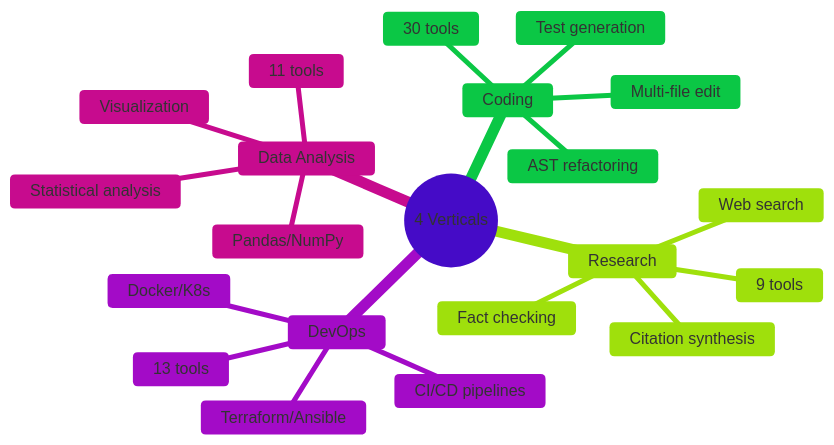
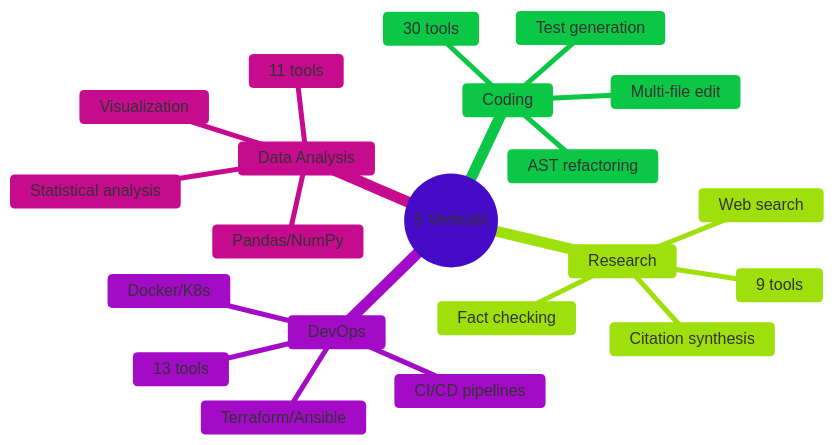
The second of 6 diagrams in README.md (vjsingh1984/victor), drawn with Mermaid before and after one commit. The commit also changed other lines of this file and 2 other files, not shown here.

````diff
--- a/README.md
+++ b/README.md
@@ -213,25 +214,25 @@
 ```mermaid
 %%{init: {'theme': 'base', 'themeVariables': { 'primaryColor': '#8B5CF6'}}}%%
 mindmap
-  root((4 Verticals))
+  root((5 Verticals))
     Coding
       30 tools
       Multi-file edit
       AST refactoring
       Test generation
     Research
       9 tools
       Web search
       Citation synthesis
       Fact checking
     DevOps
       13 tools
       Docker/K8s
       Terraform/Ansible
       CI/CD pipelines
     Data Analysis
       11 tools
       Pandas/NumPy
       Visualization
       Statistical analysis
 ```
````
